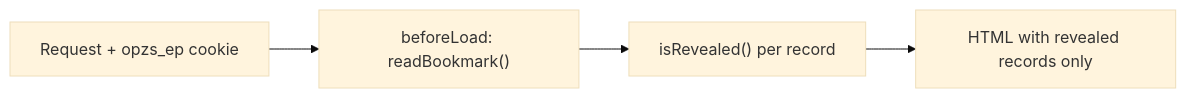
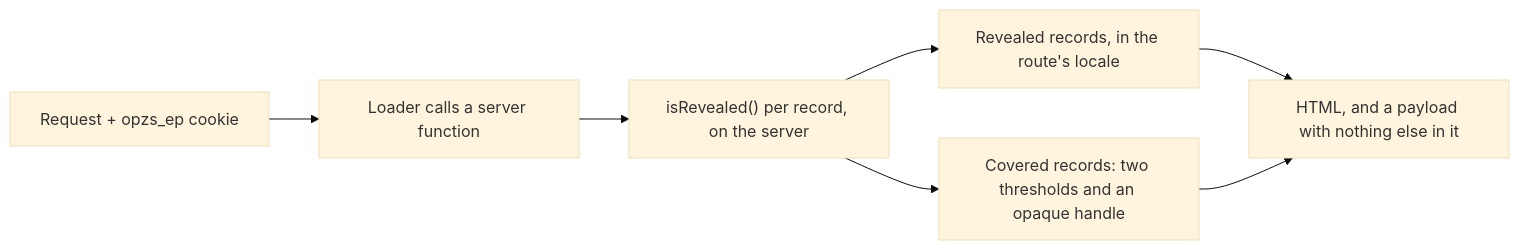
Before and after one commit to cosimochellini/one-piece-zero-spoiler: the diagram in README.md, drawn with Mermaid (base theme). The commit also changed other lines of this file and 99 other files, not shown here.

Commit message:
feat: serve the archive from the server so no covered record reaches the browser (#16)

````diff
--- a/README.md
+++ b/README.md
@@ -57,6 +58,9 @@
 ```mermaid
 flowchart LR
-  A["Request + opzs_ep cookie"] --> B["beforeLoad: readBookmark()"]
-  B --> C["isRevealed() per record"]
-  C --> D["HTML with revealed records only"]
+  A["Request + opzs_ep cookie"] --> B["Loader calls a server function"]
+  B --> C["isRevealed() per record, on the server"]
+  C --> D["Revealed records, in the route's locale"]
+  C --> E["Covered records: two thresholds and an opaque handle"]
+  D --> F["HTML, and a payload with nothing else in it"]
+  E --> F
 ```
````
